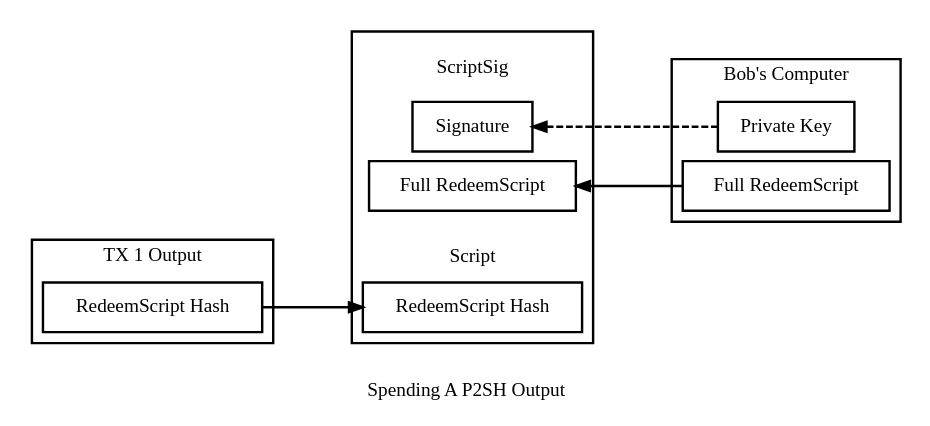
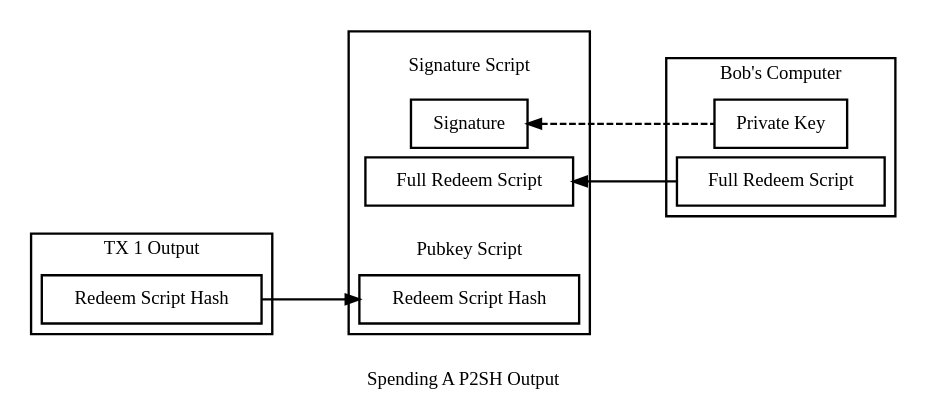
Before and after one commit to bitcoin-dot-org/Bitcoin.org: the diagram in img/dev/en-unlocking-p2sh-output.dot, drawn with Graphviz. The commit also changed 28 other files, not shown here.

First line of the commit message:
Use Terms "Pubkey Script" And "Signature Script"

```diff
--- a/img/dev/en-unlocking-p2sh-output.dot
+++ b/img/dev/en-unlocking-p2sh-output.dot
@@ -1,47 +1,47 @@
 digraph blockchain {
 
 size="6.25";
 
 //splines = "false";
 rankdir=LR;
 //ranksep=0.1;
 //splines=ortho;
 overlap = false;
 nodesep = 0.1;
 
 node [ shape = box, penwidth = 1.75 ];
 edge [ penwidth = 1.75, minlen = 2 ];
 penwidth = 1.75;
 
 subgraph cluster_tx2 {
-    scriptSig [ label = "ScriptSig", shape = "none" ];
+    scriptSig [ label = "Signature Script", shape = "none" ];
     tx2_signature [ label = "Signature" ];
-    tx2_redeemScript [ label = "Full RedeemScript" ];
-    script [ label = " \nScript", shape = "none" ];
-    tx2_redeemScript_hash [ label = "RedeemScript Hash" ];
+    tx2_redeemScript [ label = "Full Redeem Script" ];
+    script [ label = " \nPubkey Script", shape = "none" ];
+    tx2_redeemScript_hash [ label = "Redeem Script Hash" ];
 
 }
 
 subgraph cluster_tx1 {
-    tx1_redeemScript_hash [ label = "RedeemScript Hash" ];
+    tx1_redeemScript_hash [ label = "Redeem Script Hash" ];
 
     label = "TX 1 Output"
 }
 
 subgraph cluster_bob {
     private_key [ label = "Private Key" ];
-    redeemScript [ label = "Full RedeemScript" ];
+    redeemScript [ label = "Full Redeem Script" ];
 
     label = "Bob's Computer"
 }
 
 tx1_redeemScript_hash -> tx2_redeemScript_hash;
 
 {
     edge [ dir=back ]
     tx2_redeemScript -> redeemScript;
     tx2_signature -> private_key [ style = "dashed" ];
 }
 
 label = " \nSpending A P2SH Output"
 }
```
